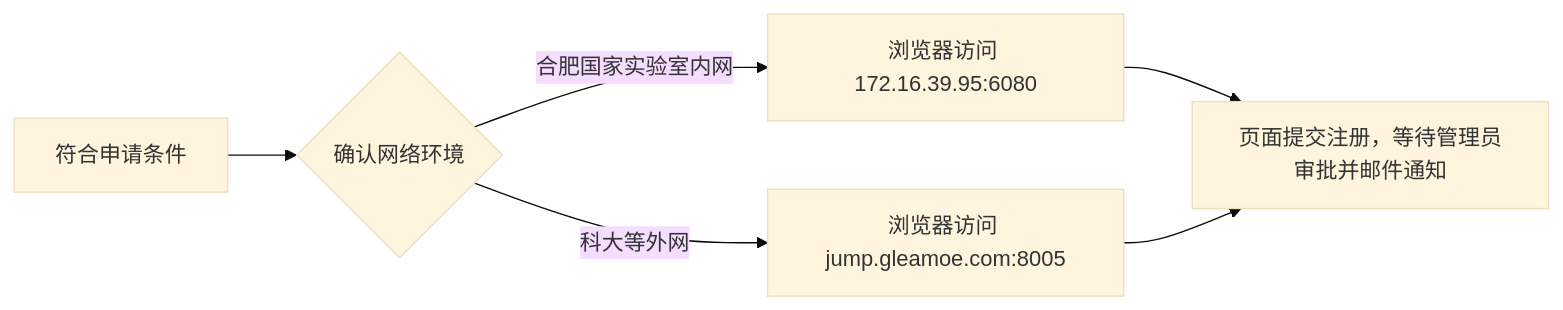
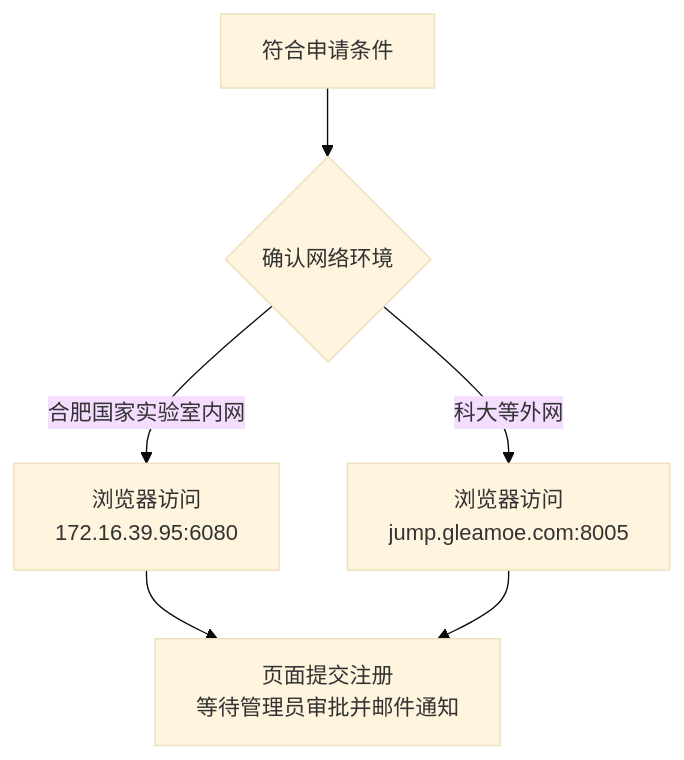
The first of 2 diagrams in _posts/2026-02-02-Yang Group HFNL 服务器使用简明手册.md (hfnl-yanggroup/hfnl-yanggroup.github.io), drawn with Mermaid (base theme) before and after one commit. The commit also changed other lines of this file, not shown here.

Commit message:
Refactor Mermaid diagrams in Jekyll post to use TD flowchart layout for improved clarity. Update browser access instructions with line breaks for better readability. Enhance SSH login instructions with clearer formatting for network environment settings.

````diff
--- a/_posts/2026-02-02-Yang Group HFNL 服务器使用简明手册.md
+++ b/_posts/2026-02-02-Yang Group HFNL 服务器使用简明手册.md
@@ -33,8 +33,8 @@
 ```mermaid
-flowchart LR
+flowchart TD
   A[符合申请条件] --> B{确认网络环境}
-  B -->|合肥国家实验室内网| C[浏览器访问 172.16.39.95:6080]
-  B -->|科大等外网| D[浏览器访问 jump.gleamoe.com:8005]
-  C --> E[页面提交注册，等待管理员审批并邮件通知]
+  B -->|合肥国家实验室内网| C[浏览器访问<br/>172.16.39.95:6080]
+  B -->|科大等外网| D[浏览器访问<br/>jump.gleamoe.com:8005]
+  C --> E[页面提交注册<br/>等待管理员审批并邮件通知]
   D --> E
 ```
````
